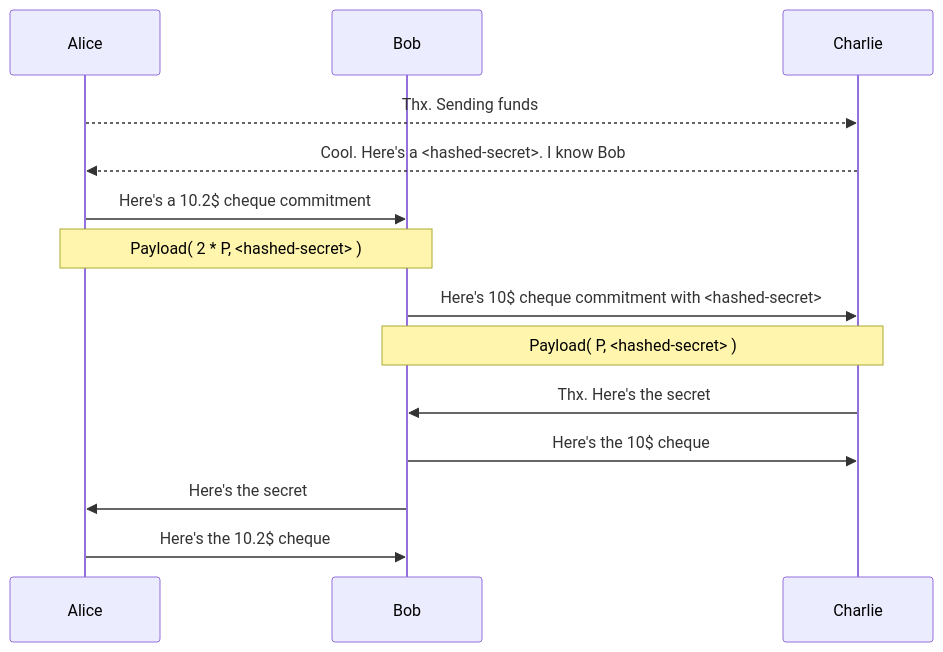
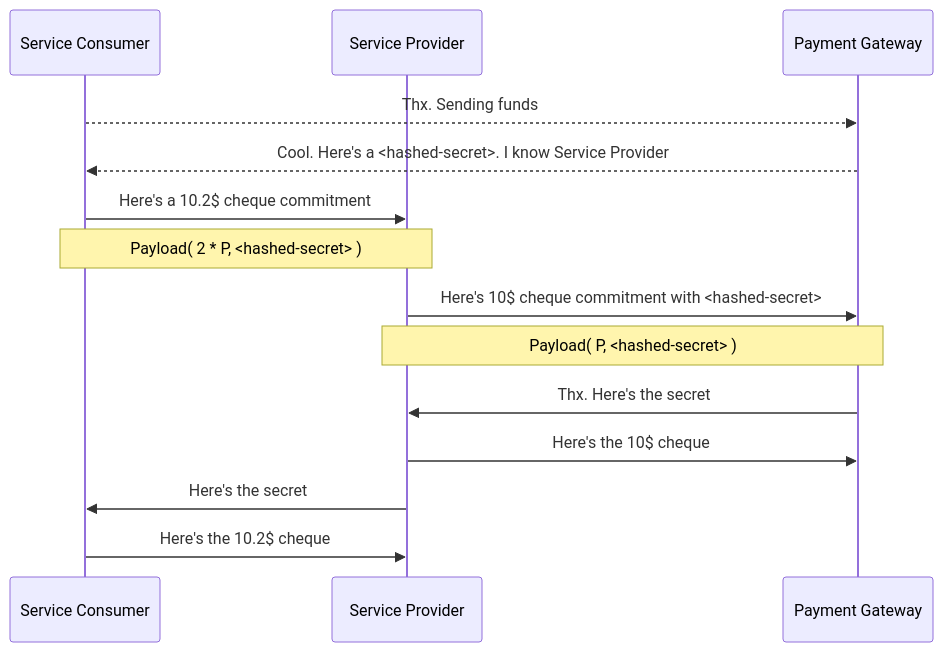
The first of 4 diagrams in docs/design-notes.md (colll78/cardano-lightning), drawn with Mermaid before and after one commit. The commit also changed other lines of this file, not shown here.

````diff
--- a/docs/design-notes.md
+++ b/docs/design-notes.md
@@ -66,17 +66,17 @@
 ```mermaid
  sequenceDiagram
-  participant Alice
-  participant Bob
-  participant Charlie
+  participant Service Consumer
+  participant Service Provider
+  participant Payment Gateway
 
-  Alice-->>Charlie: Thx. Sending funds
-  Charlie-->>Alice: Cool. Here's a <hashed-secret>. I know Bob
-  Alice->>Bob: Here's a 10.2$ cheque commitment
-  Note over Alice,Bob: Payload( 2 * P, <hashed-secret> )
-  Bob->>Charlie: Here's 10$ cheque commitment with <hashed-secret>
-  Note over Bob,Charlie: Payload( P, <hashed-secret> )
-  Charlie->>Bob: Thx. Here's the secret
-  Bob->>Charlie: Here's the 10$ cheque
-  Bob->>Alice: Here's the secret
-  Alice->>Bob: Here's the 10.2$ cheque
+  Service Consumer-->>Payment Gateway: Thx. Sending funds
+  Payment Gateway-->>Service Consumer: Cool. Here's a <hashed-secret>. I know Service Provider
+  Service Consumer->>Service Provider: Here's a 10.2$ cheque commitment
+  Note over Service Consumer,Service Provider: Payload( 2 * P, <hashed-secret> )
+  Service Provider->>Payment Gateway: Here's 10$ cheque commitment with <hashed-secret>
+  Note over Service Provider,Payment Gateway: Payload( P, <hashed-secret> )
+  Payment Gateway->>Service Provider: Thx. Here's the secret
+  Service Provider->>Payment Gateway: Here's the 10$ cheque
+  Service Provider->>Service Consumer: Here's the secret
+  Service Consumer->>Service Provider: Here's the 10.2$ cheque
 ```
````
